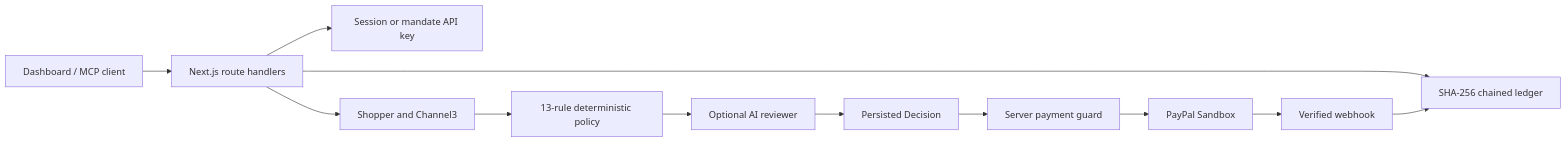
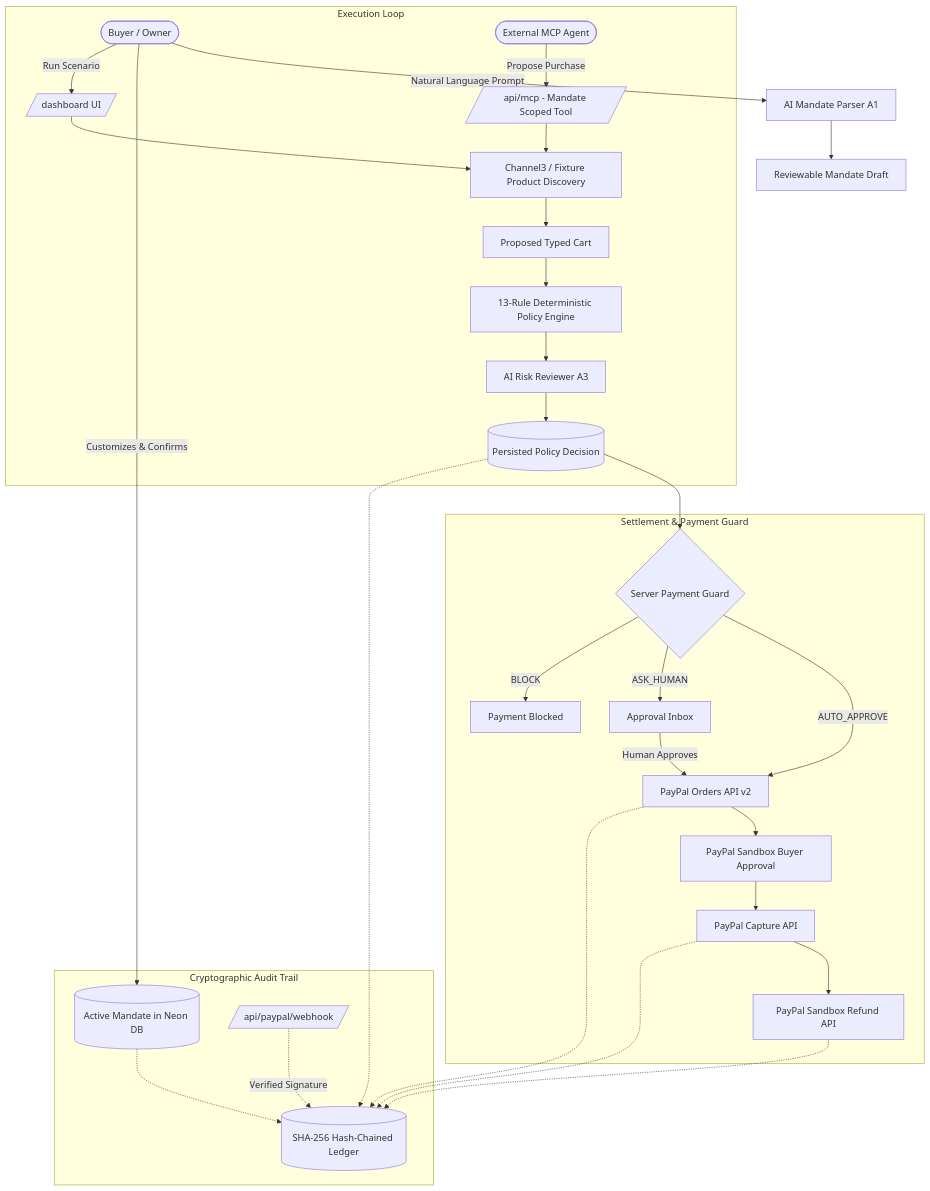
Before and after one commit to Princevish-dev/Steward: the first of 2 diagrams in docs/architecture.md, drawn with Mermaid. The commit also changed other lines of this file and 3 other files, not shown here.

Commit message:
docs: add UI guide, complete architecture spec, STRIDE threat model, and vault decision

````diff
--- a/docs/architecture.md
+++ b/docs/architecture.md
@@ -3,14 +9,39 @@
 ```mermaid
-flowchart LR
-  UI[Dashboard / MCP client] --> API[Next.js route handlers]
-  API --> AUTH[Session or mandate API key]
-  API --> SHOP[Shopper and Channel3]
-  SHOP --> POLICY[13-rule deterministic policy]
-  POLICY --> REVIEW[Optional AI reviewer]
-  REVIEW --> DECISION[Persisted Decision]
-  DECISION --> GATE[Server payment guard]
-  GATE --> PAYPAL[PayPal Sandbox]
-  API --> LEDGER[SHA-256 chained ledger]
-  PAYPAL --> WEBHOOK[Verified webhook]
-  WEBHOOK --> LEDGER
+flowchart TD
+    User([Buyer / Owner]) -->|Natural Language Prompt| Parser[AI Mandate Parser A1]
+    Parser --> Draft[Reviewable Mandate Draft]
+    User -->|Customizes & Confirms| Mandate[(Active Mandate in Neon DB)]
+    
+    subgraph Execution Loop
+        ExternalAgent([External MCP Agent]) -->|Propose Purchase| MCP[/api/mcp - Mandate Scoped Tool/]
+        User -->|Run Scenario| Dashboard[/dashboard UI/]
+        
+        Dashboard & MCP --> Discovery[Channel3 / Fixture Product Discovery]
+        Discovery --> Cart[Proposed Typed Cart]
+        Cart --> Engine[13-Rule Deterministic Policy Engine]
+        Engine --> RiskAI[AI Risk Reviewer A3]
+        
+        RiskAI --> DecisionStore[(Persisted Policy Decision)]
+    end
+    
+    subgraph Settlement & Payment Guard
+        DecisionStore --> Gate{Server Payment Guard}
+        Gate -->|AUTO_APPROVE| OrderAPI[PayPal Orders API v2]
+        Gate -->|ASK_HUMAN| Inbox[Approval Inbox]
+        Inbox -->|Human Approves| OrderAPI
+        Gate -->|BLOCK| Halt[Payment Blocked]
+        
+        OrderAPI --> PayPalCheckout[PayPal Sandbox Buyer Approval]
+        PayPalCheckout --> CaptureAPI[PayPal Capture API]
+        CaptureAPI --> RefundAPI[PayPal Sandbox Refund API]
+    end
+    
+    subgraph Cryptographic Audit Trail
+        Mandate -.-> Ledger[(SHA-256 Hash-Chained Ledger)]
+        DecisionStore -.-> Ledger
+        OrderAPI -.-> Ledger
+        CaptureAPI -.-> Ledger
+        RefundAPI -.-> Ledger
+        Webhooks[/api/paypal/webhook/] -.->|Verified Signature| Ledger
+    end
 ```
````
